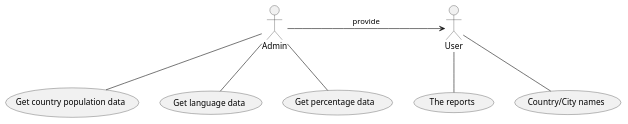
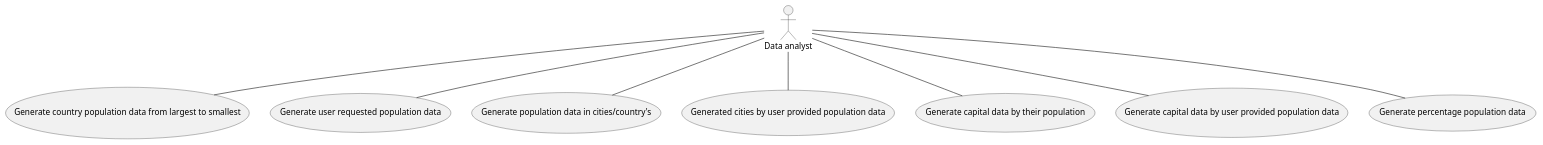
One commit to Jamie-Morr/SEM-Group changed the diagram in use-cases/HR System.puml. Above: the diagram before and after it, drawn with PlantUML.

Commit message:
Lab 5 use cases just with one actor

```diff
--- a/use-cases/HR System.puml
+++ b/use-cases/HR System.puml
@@ -1,32 +1,36 @@
 @startuml
 
-actor US as "User"
-
-actor AD as "Admin"
+actor DA as "Data analyst"
 
 
 
-usecase UC1 as "Get country population data"
+usecase UC1 as "Generate country population data from largest to smallest"
 
-usecase UC2 as "Get language data"
+usecase UC2 as "Generate user requested population data"
 
-usecase UC3 as "Get percentage data "
+usecase UC3 as "Generate population data in cities/country's"
 
-usecase UC4 as "The reports"
+usecase UC4 as "Generated cities by user provided population data"
 
-usecase UC5 as "Country/City names"
+usecase UC5 as "Generate capital data by their population"
+
+usecase UC6 as "Generate capital data by user provided population data"
+
+usecase UC7 as "Generate percentage population data"
+
+DA -- UC1
+
+DA -- UC2
+
+DA -- UC3
+
+DA -- UC4
+
+DA -- UC5
+
+DA -- UC6
+
+DA -- UC7
 
 
-AD -- UC1
-
-AD -- UC2
-
-AD -- UC3
-
-US -- UC4
-
-US -- UC5
-
-AD -> US : provide
-
 @enduml
```
